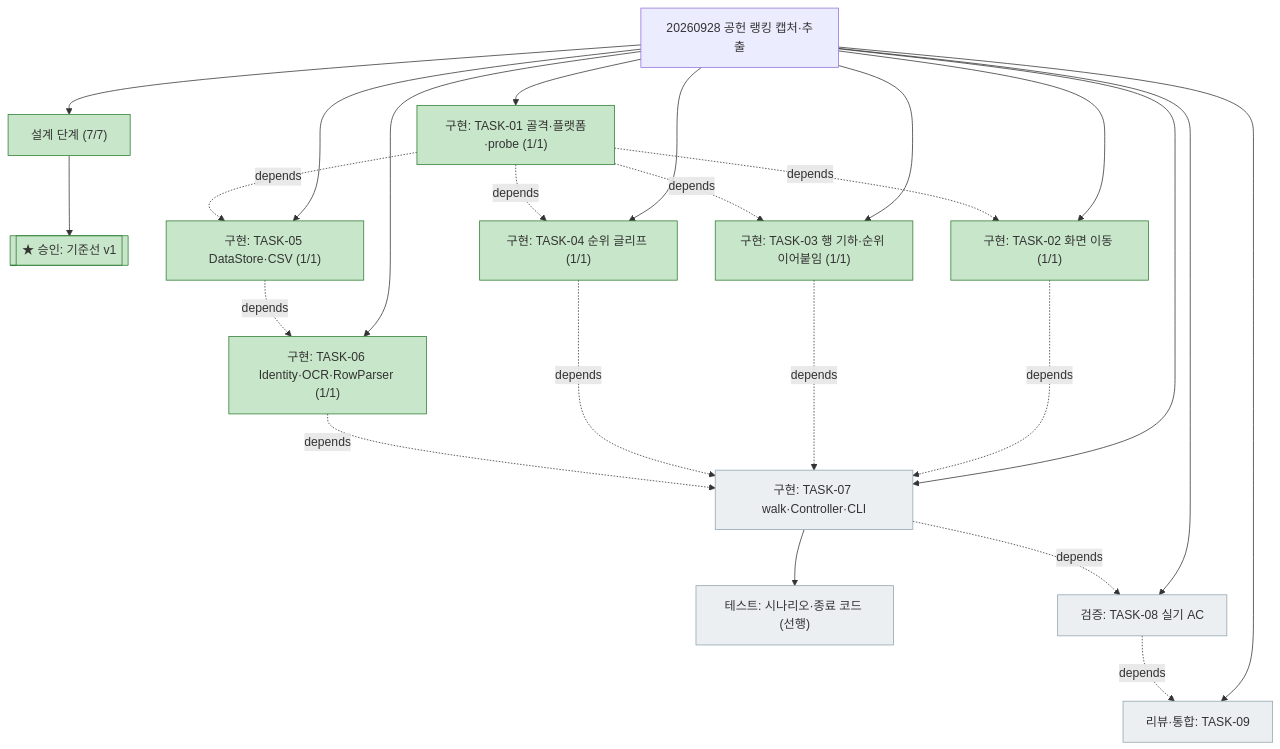
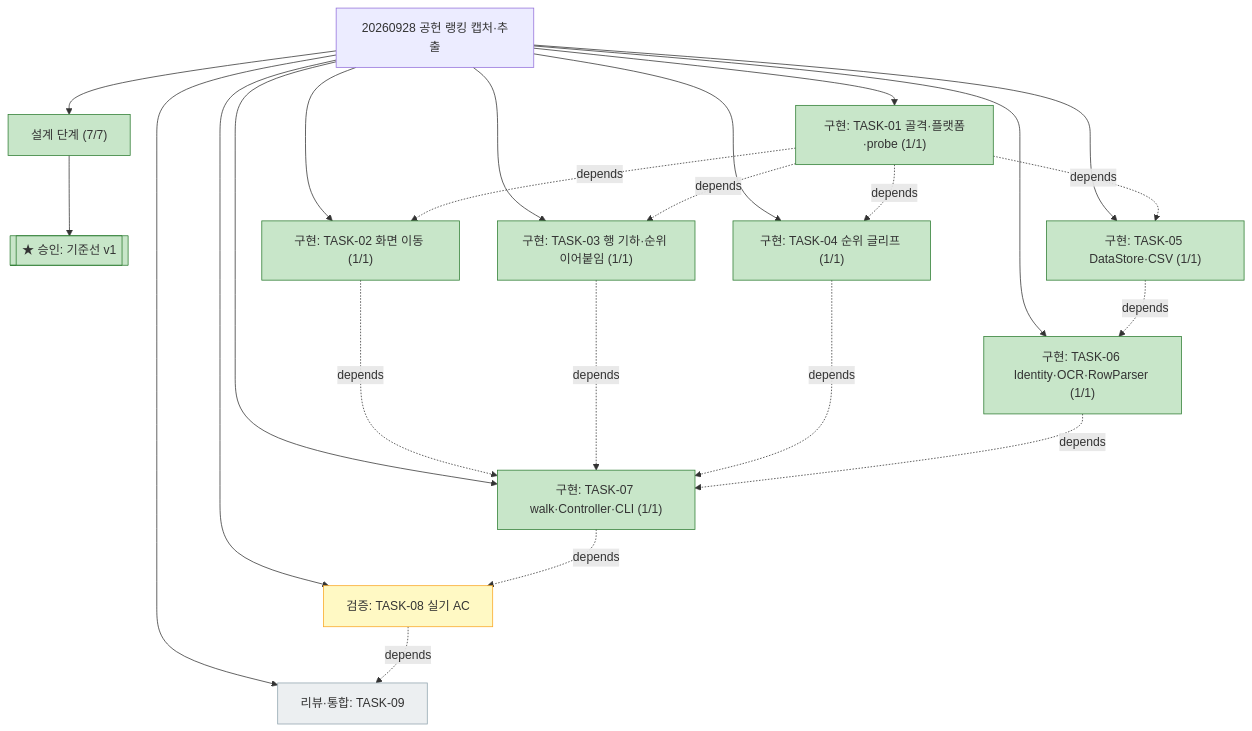
Before and after one commit to bluesky5008/sgz_rankscan: the diagram in docs/plan.md, drawn with Mermaid. The commit also changed other lines of this file and 7 other files, not shown here.

````diff
--- a/docs/plan.md
+++ b/docs/plan.md
@@ -61,30 +60,29 @@
 ```mermaid
 flowchart TD
     ROOT["20260928 공헌 랭킹 캡처·추출"] --> DES["설계 단계 (7/7)"]:::done
     DES --> APR[["★ 승인: 기준선 v1"]]:::done
     ROOT --> T1["구현: TASK-01 골격·플랫폼·probe (1/1)"]:::done
     ROOT --> T2["구현: TASK-02 화면 이동 (1/1)"]:::done
     ROOT --> T3["구현: TASK-03 행 기하·순위 이어붙임 (1/1)"]:::done
     ROOT --> T4["구현: TASK-04 순위 글리프 (1/1)"]:::done
     ROOT --> T5["구현: TASK-05 DataStore·CSV (1/1)"]:::done
     ROOT --> T6["구현: TASK-06 Identity·OCR·RowParser (1/1)"]:::done
-    ROOT --> T7["구현: TASK-07 walk·Controller·CLI"]:::todo
-    T7 --> T7T["테스트: 시나리오·종료 코드 (선행)"]:::todo
-    ROOT --> T8["검증: TASK-08 실기 AC"]:::todo
+    ROOT --> T7["구현: TASK-07 walk·Controller·CLI (1/1)"]:::done
+    ROOT --> T8["검증: TASK-08 실기 AC"]:::active
     ROOT --> T9["리뷰·통합: TASK-09"]:::todo
     T1 -. depends .-> T2
     T1 -. depends .-> T3
     T1 -. depends .-> T4
     T1 -. depends .-> T5
     T5 -. depends .-> T6
     T2 -. depends .-> T7
     T3 -. depends .-> T7
     T4 -. depends .-> T7
     T6 -. depends .-> T7
     T7 -. depends .-> T8
     T8 -. depends .-> T9
     classDef done fill:#c8e6c9,stroke:#2e7d32
     classDef active fill:#fff9c4,stroke:#f9a825
     classDef todo fill:#eceff1,stroke:#90a4ae
     classDef gate fill:#ffcdd2,stroke:#c62828
 ```
````
